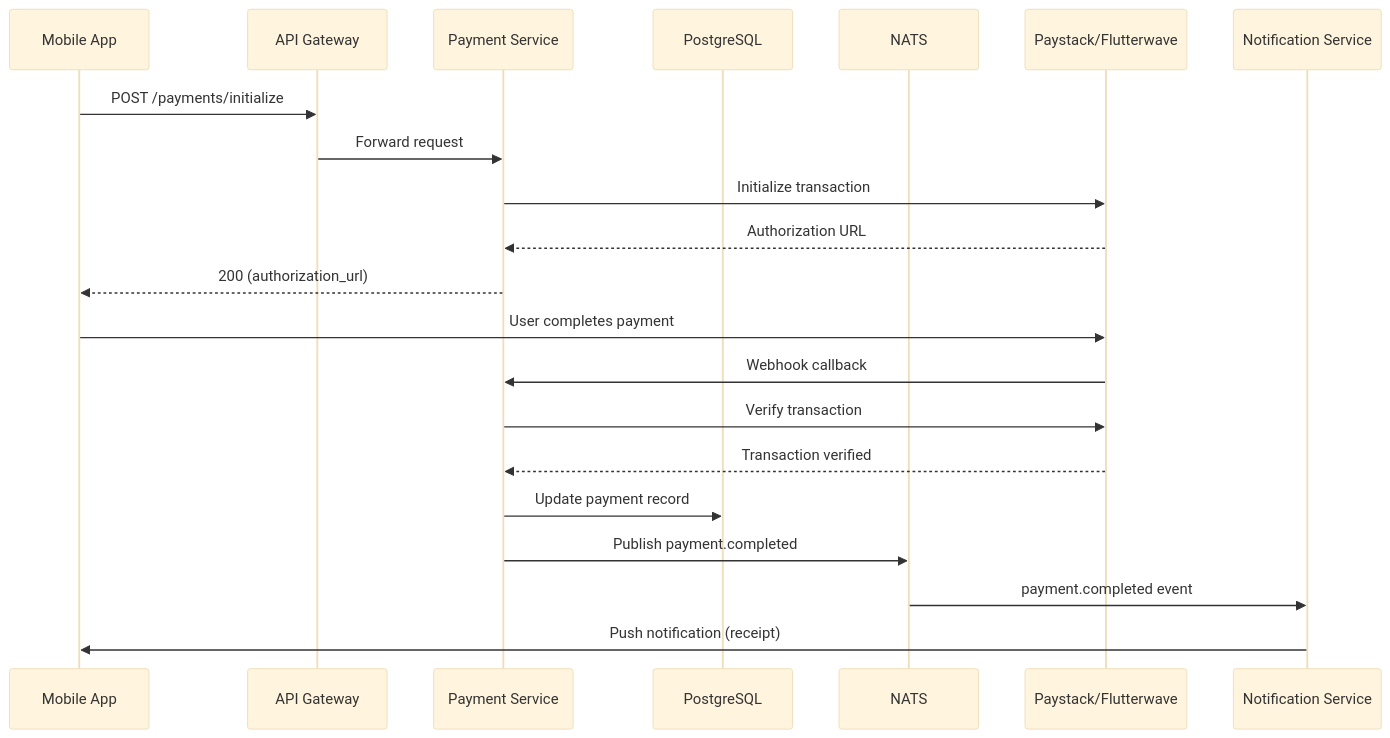
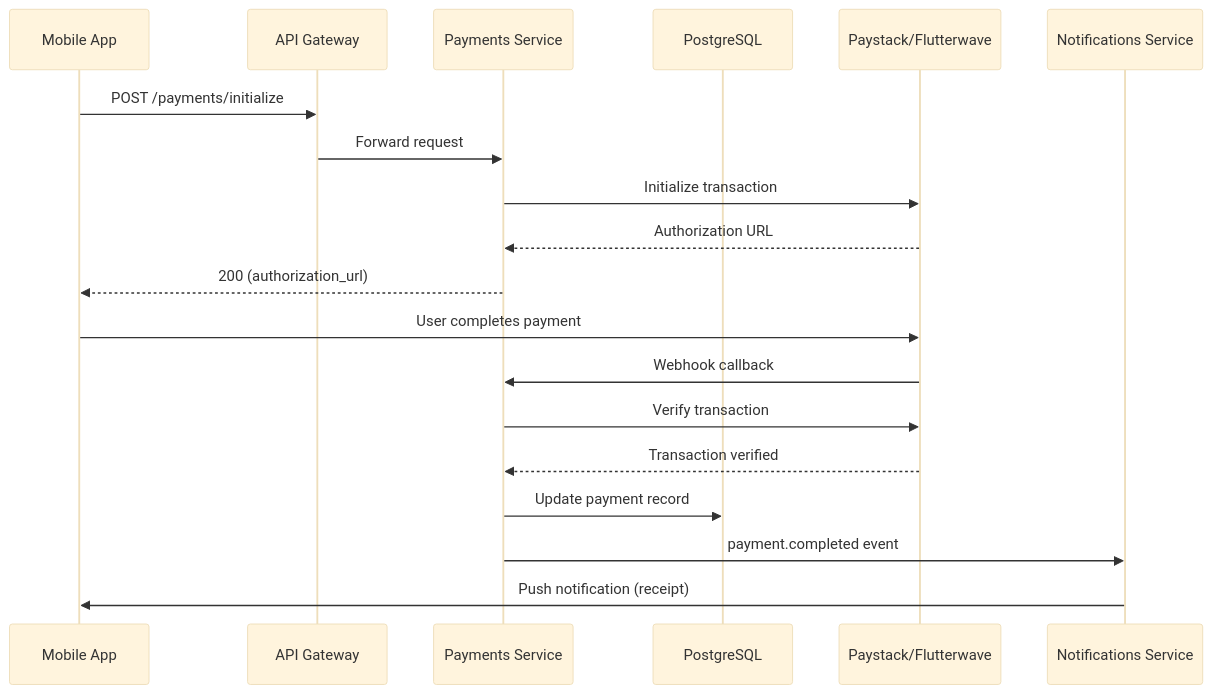
The fourth of 7 diagrams in docs/04-System-Architecture.md (ojowa/connecta), drawn with Mermaid (base theme) before and after one commit. The commit also changed other lines of this file and 22 other files, not shown here.

Commit message:
docs: update all 23 docs to reflect actual codebase (OJChat, public schema, 13 services, no NATS/Python)

````diff
--- a/docs/04-System-Architecture.md
+++ b/docs/04-System-Architecture.md
@@ -472,24 +413,22 @@
 ```mermaid
 sequenceDiagram
     participant M as Mobile App
     participant GW as API Gateway
-    participant PS as Payment Service
+    participant PS as Payments Service
     participant DB as PostgreSQL
-    participant NATS as NATS
     participant PAY as Paystack/Flutterwave
-    participant NS as Notification Service
+    participant NS as Notifications Service
 
     M->>GW: POST /payments/initialize
     GW->>PS: Forward request
     PS->>PAY: Initialize transaction
     PAY-->>PS: Authorization URL
     PS-->>M: 200 (authorization_url)
     M->>PAY: User completes payment
     PAY->>PS: Webhook callback
     PS->>PAY: Verify transaction
     PAY-->>PS: Transaction verified
     PS->>DB: Update payment record
-    PS->>NATS: Publish payment.completed
-    NATS->>NS: payment.completed event
+    PS->>NS: payment.completed event
     NS->>M: Push notification (receipt)
 ```
````
